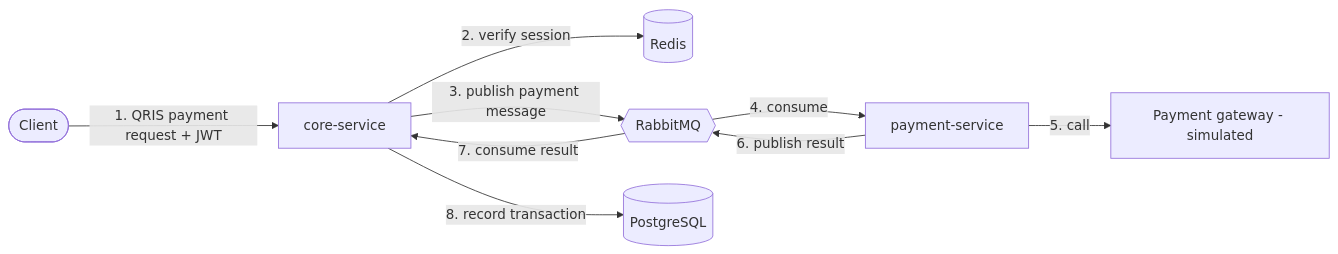
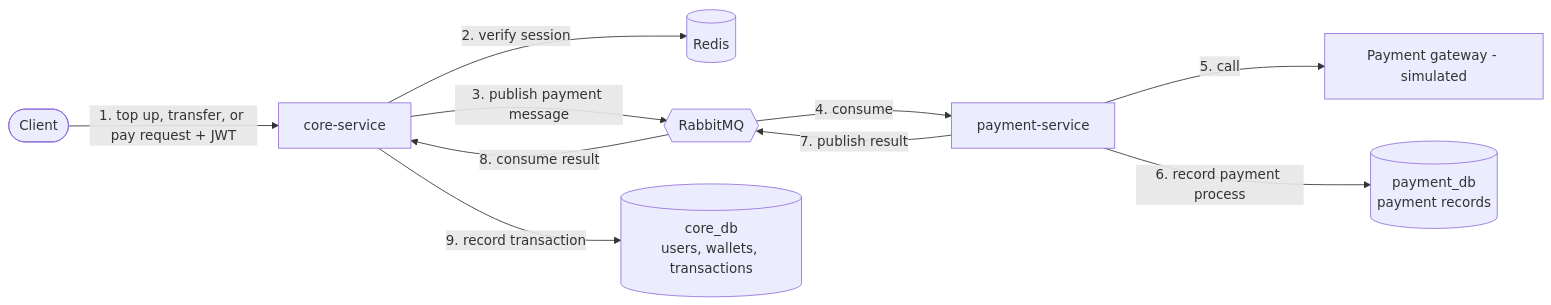
One commit to Tippenn/E-wallet-MicroService changed the diagram in README.md. Above: the diagram before and after it, drawn with Mermaid. The commit also changed other lines of this file, not shown here.

````diff
--- a/README.md
+++ b/README.md
@@ -14,11 +14,12 @@
 ```mermaid
 flowchart LR
-    Client([Client]) -->|1. QRIS payment request + JWT| Core[core-service]
+    Client([Client]) -->|1. top up, transfer, or pay request + JWT| Core[core-service]
     Core -->|2. verify session| Redis[(Redis)]
     Core -->|3. publish payment message| MQ{{RabbitMQ}}
     MQ -->|4. consume| Pay[payment-service]
     Pay -->|5. call| GW[Payment gateway - simulated]
-    Pay -->|6. publish result| MQ
-    MQ -->|7. consume result| Core
-    Core -->|8. record transaction| DB[(PostgreSQL)]
+    Pay -->|6. record payment process| PayDB[("payment_db<br/>payment records")]
+    Pay -->|7. publish result| MQ
+    MQ -->|8. consume result| Core
+    Core -->|9. record transaction| CoreDB[("core_db<br/>users, wallets, transactions")]
 ```
````
